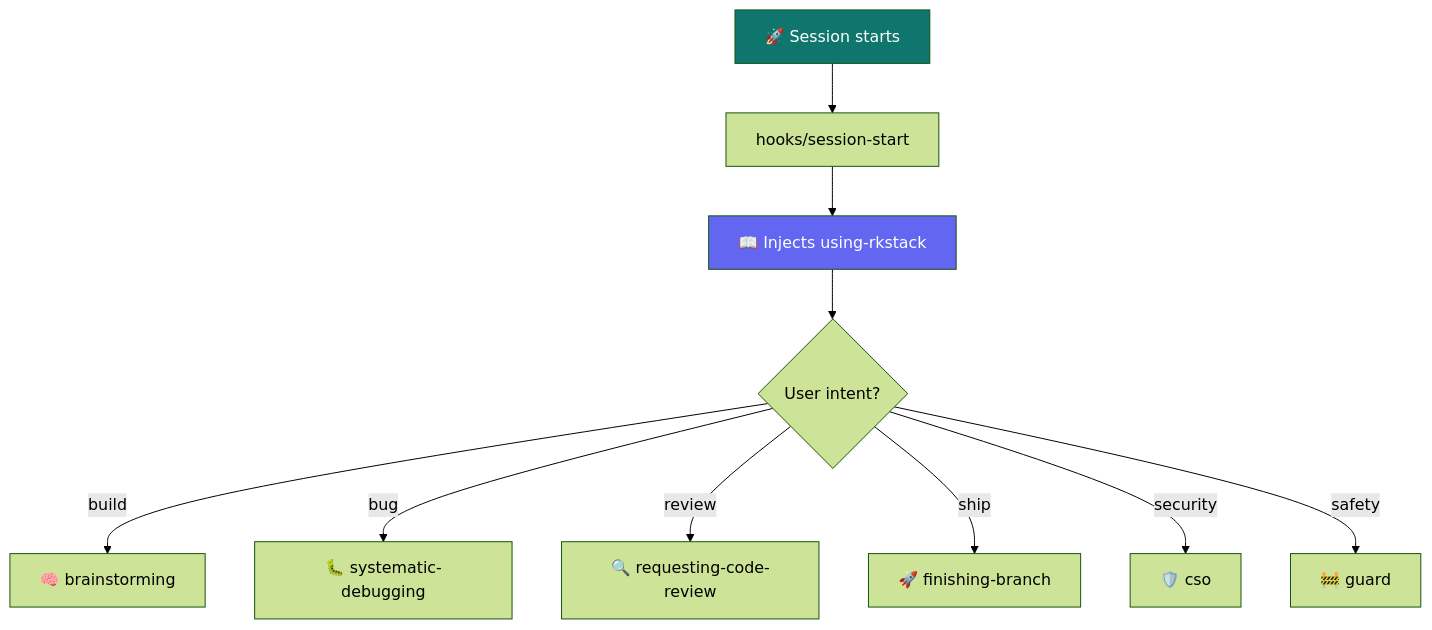
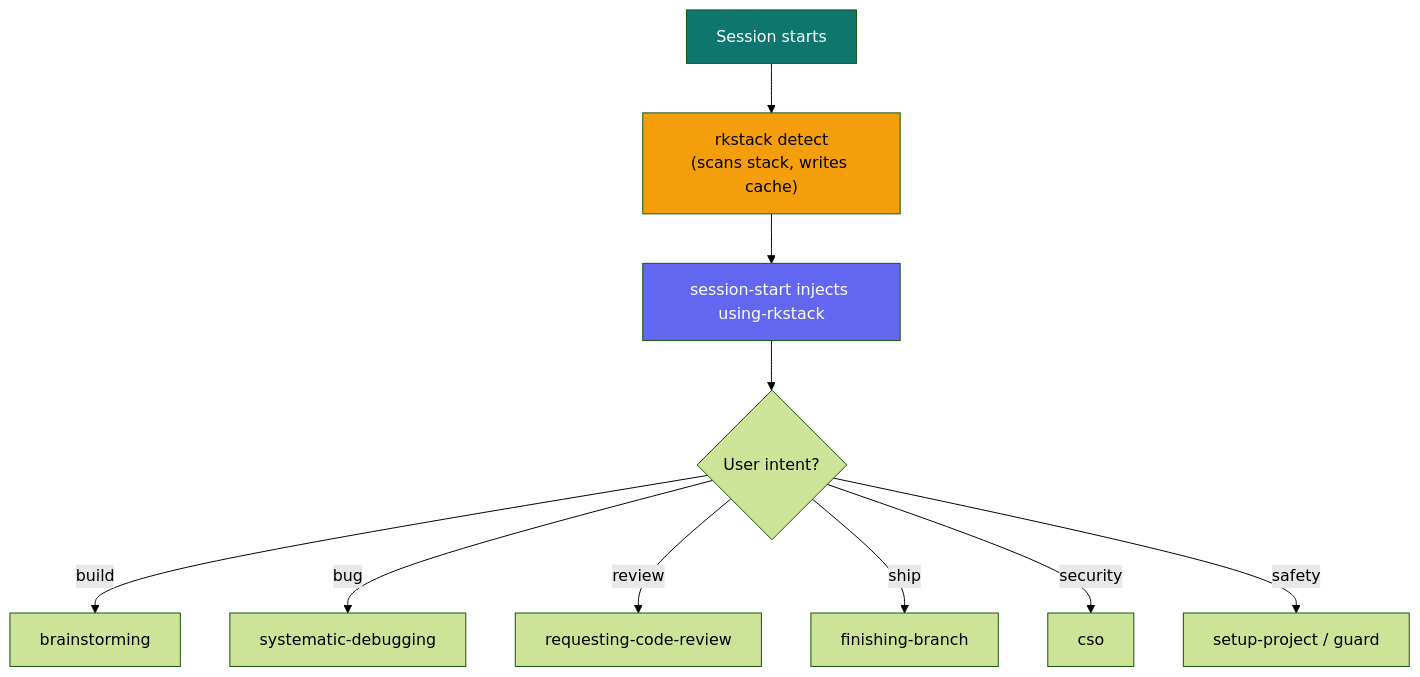
One commit to mrkhachaturov/rkstack changed the third of 3 diagrams in README.md. Above: the diagram before and after it, drawn with Mermaid (forest theme). The commit also changed other lines of this file, not shown here.

First line of the commit message:
docs: rewrite README for stack + flowType architecture

````diff
--- a/README.md
+++ b/README.md
@@ -235,15 +215,16 @@
 ```mermaid
 graph TD
-    A["🚀 Session starts"] --> B["hooks/session-start"]
-    B --> C["📖 Injects using-rkstack"]
+    A["Session starts"] --> B["rkstack detect\n(scans stack, writes cache)"]
+    B --> C["session-start injects using-rkstack"]
     C --> D{"User intent?"}
-    D -->|build| E["🧠 brainstorming"]
-    D -->|bug| F["🐛 systematic-debugging"]
-    D -->|review| G["🔍 requesting-code-review"]
-    D -->|ship| H["🚀 finishing-branch"]
-    D -->|security| I["🛡️ cso"]
-    D -->|safety| J["🚧 guard"]
+    D -->|build| E["brainstorming"]
+    D -->|bug| F["systematic-debugging"]
+    D -->|review| G["requesting-code-review"]
+    D -->|ship| H["finishing-branch"]
+    D -->|security| I["cso"]
+    D -->|safety| J["setup-project / guard"]
 
     style A fill:#0f766e,color:#fff
+    style B fill:#f59e0b,color:#000
     style C fill:#6366f1,color:#fff
 ```
````
